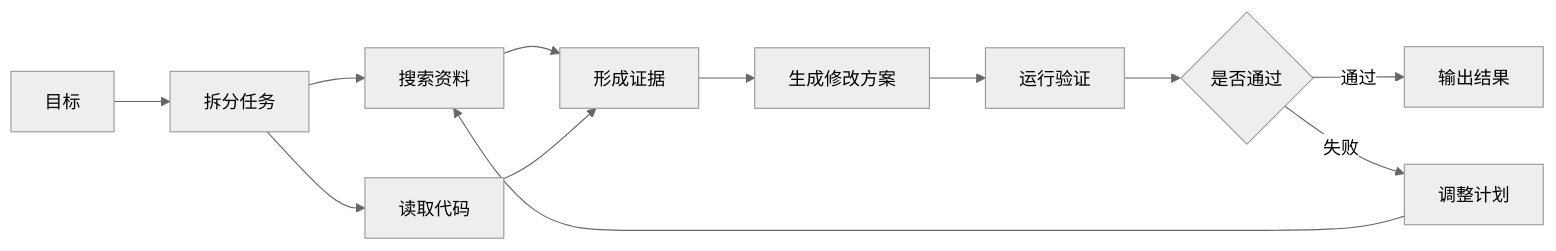
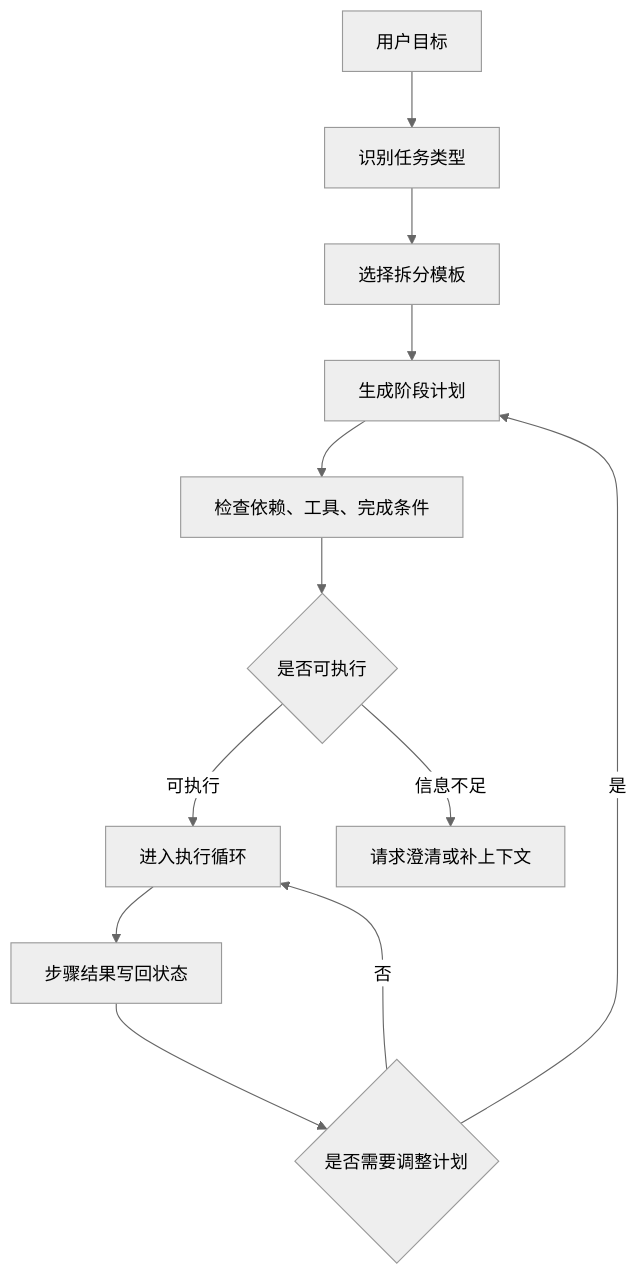
Before and after one commit to Doge2077/liyyro: the diagram in docs/AI/Agent/Agent架构/任务拆分与规划.md, drawn with Mermaid (neutral theme). The commit also changed other lines of this file and 27 other files, not shown here.

````diff
--- a/docs/AI/Agent/Agent架构/任务拆分与规划.md
+++ b/docs/AI/Agent/Agent架构/任务拆分与规划.md
@@ -41,14 +58,14 @@
 ```mermaid
-flowchart LR
-  A["目标"] --> B["拆分任务"]
-  B --> C["搜索资料"]
-  B --> D["读取代码"]
-  C --> E["形成证据"]
-  D --> E
-  E --> F["生成修改方案"]
-  F --> G["运行验证"]
-  G --> H{"是否通过"}
-  H -->|"通过"| I["输出结果"]
-  H -->|"失败"| J["调整计划"]
-  J --> C
+flowchart TD
+  A["用户目标"] --> B["识别任务类型"]
+  B --> C["选择拆分模板"]
+  C --> D["生成阶段计划"]
+  D --> E["检查依赖、工具、完成条件"]
+  E --> F{"是否可执行"}
+  F -->|"可执行"| G["进入执行循环"]
+  F -->|"信息不足"| H["请求澄清或补上下文"]
+  G --> I["步骤结果写回状态"]
+  I --> J{"是否需要调整计划"}
+  J -->|"是"| D
+  J -->|"否"| G
 ```
````
